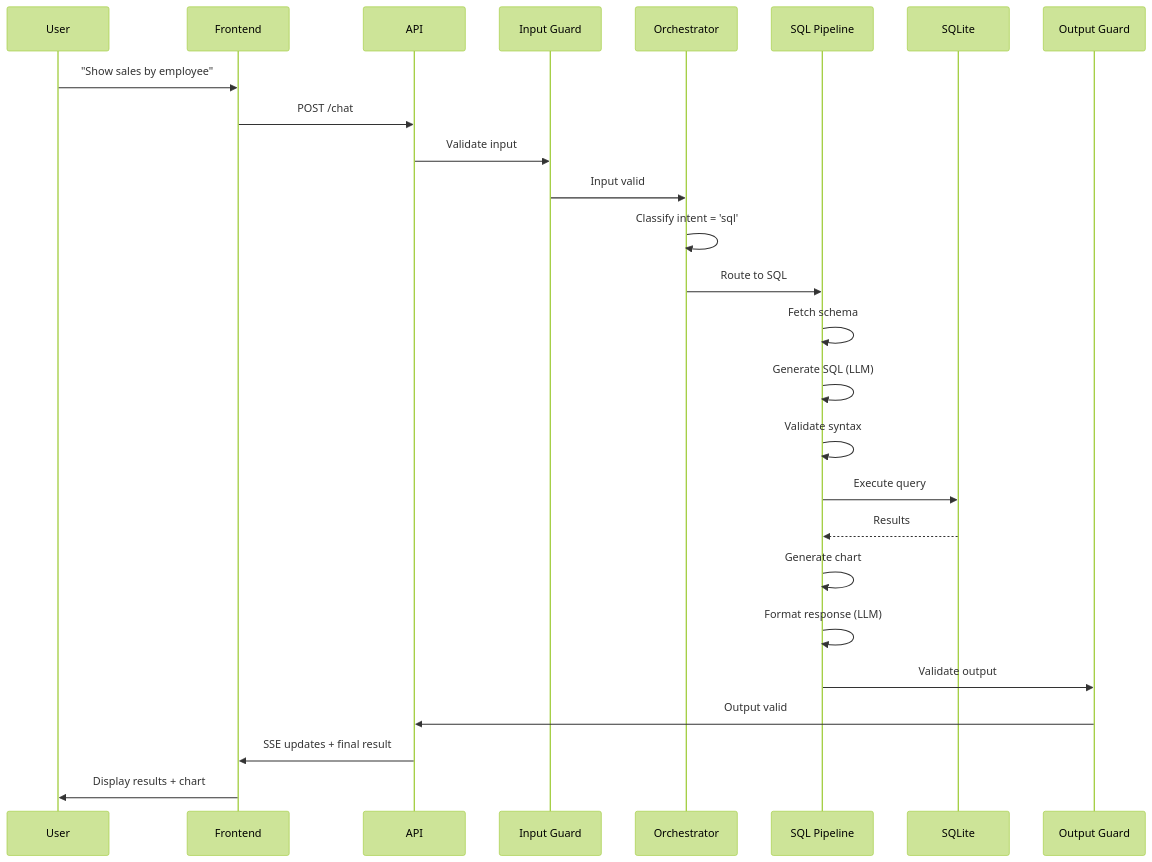
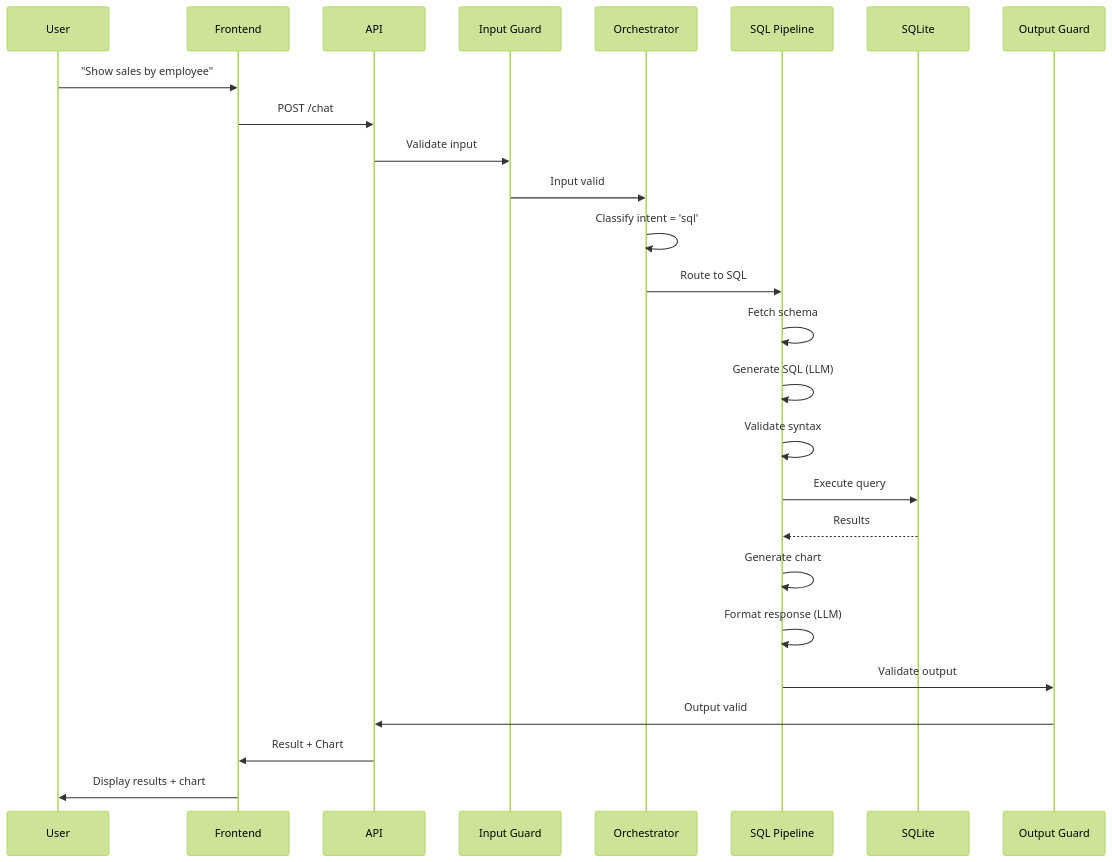
The second of 3 diagrams in documentation/HLD.md (Tpg1993/text2sqlagent), drawn with Mermaid (forest theme) before and after one commit. The commit also changed other lines of this file and 24 other files, not shown here.

````diff
--- a/documentation/HLD.md
+++ b/documentation/HLD.md
@@ -252,29 +252,29 @@
 ```mermaid
 sequenceDiagram
     participant U as User
     participant F as Frontend
     participant A as API
     participant IG as Input Guard
     participant O as Orchestrator
     participant S as SQL Pipeline
     participant DB as SQLite
     participant OG as Output Guard
     
     U->>F: "Show sales by employee"
     F->>A: POST /chat
     A->>IG: Validate input
     IG->>O: Input valid
     O->>O: Classify intent = 'sql'
     O->>S: Route to SQL
     S->>S: Fetch schema
     S->>S: Generate SQL (LLM)
     S->>S: Validate syntax
     S->>DB: Execute query
     DB-->>S: Results
     S->>S: Generate chart
     S->>S: Format response (LLM)
     S->>OG: Validate output
     OG->>A: Output valid
-    A->>F: SSE updates + final result
+    A->>F: Result + Chart
     F->>U: Display results + chart
 ```
````
